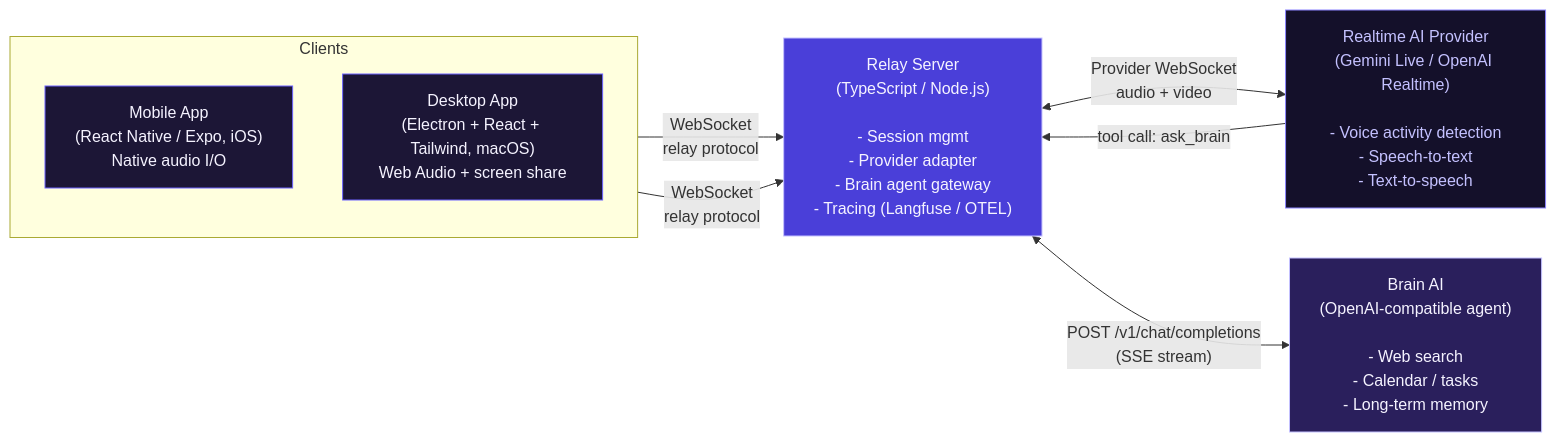
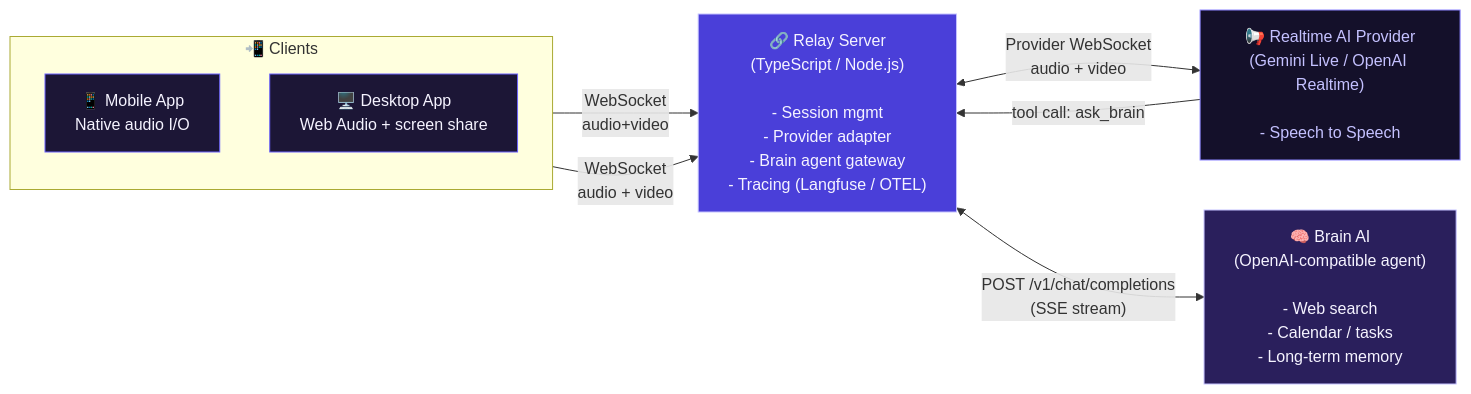
The first of 3 diagrams in docs/src/content/docs/architecture.mdx (yagudaev/voiceclaw), drawn with Mermaid before and after one commit. The commit also changed other lines of this file, not shown here.

Commit message:
docs: improve System Overview with dagre layout and emoji node labels
Swap the System Overview Mermaid source to the user-refined version:
explicit dagre layout, emoji-prefixed labels for each node, and a
simplified provider description (speech-to-speech). Regenerate the
mermaid.live edit link pako URL against the new source.

````diff
--- a/docs/src/content/docs/architecture.mdx
+++ b/docs/src/content/docs/architecture.mdx
@@ -12,29 +12,27 @@
 ```mermaid
+---
+config:
+  layout: dagre
+---
 flowchart LR
-    subgraph Clients["Clients"]
-      direction TB
-      Mobile["Mobile App<br/>(React Native / Expo, iOS)<br/>Native audio I/O"]
-      Desktop["Desktop App<br/>(Electron + React + Tailwind, macOS)<br/>Web Audio + screen share"]
-    end
+ subgraph Clients["📲 Clients"]
+    direction TB
+        Mobile["📱 Mobile App<br>Native audio I/O"]
+        Desktop["🖥️ Desktop App<br>Web Audio + screen share"]
+  end
+    Mobile -- WebSocket<br>audio+video --> Relay["🔗 Relay Server<br>(TypeScript / Node.js)<br><br>- Session mgmt<br>- Provider adapter<br>- Brain agent gateway<br>- Tracing (Langfuse / OTEL)"]
+    Desktop -- WebSocket<br>audio + video --> Relay
+    Relay <-- Provider WebSocket<br>audio + video --> Provider["📢 Realtime AI Provider<br>(Gemini Live / OpenAI Realtime)<br><br>- Speech to Speech"]
+    Provider -- tool call: ask_brain --> Relay
+    Relay <-- POST /v1/chat/completions<br>(SSE stream) --> Brain["🧠 Brain AI<br>(OpenAI-compatible agent)<br><br>- Web search<br>- Calendar / tasks<br>- Long-term memory"]
 
-    Relay["Relay Server<br/>(TypeScript / Node.js)<br/><br/>- Session mgmt<br/>- Provider adapter<br/>- Brain agent gateway<br/>- Tracing (Langfuse / OTEL)"]
-
-    Provider["Realtime AI Provider<br/>(Gemini Live / OpenAI Realtime)<br/><br/>- Voice activity detection<br/>- Speech-to-text<br/>- Text-to-speech"]
-
-    Brain["Brain AI<br/>(OpenAI-compatible agent)<br/><br/>- Web search<br/>- Calendar / tasks<br/>- Long-term memory"]
-
-    Mobile -- "WebSocket<br/>relay protocol" --> Relay
-    Desktop -- "WebSocket<br/>relay protocol" --> Relay
-    Relay <-- "Provider WebSocket<br/>audio + video" --> Provider
-    Provider -- "tool call: ask_brain" --> Relay
-    Relay <-- "POST /v1/chat/completions<br/>(SSE stream)" --> Brain
-
+     Mobile:::clientStyle
+     Desktop:::clientStyle
+     Relay:::relayStyle
+     Provider:::providerStyle
+     Brain:::brainStyle
     classDef clientStyle fill:#1c1636,stroke:#6c63ff,color:#f5f3ff
     classDef relayStyle fill:#4a3fd9,stroke:#c4c1ff,color:#f5f3ff
     classDef providerStyle fill:#14102a,stroke:#8b84ff,color:#c4c1ff
     classDef brainStyle fill:#2a1f5c,stroke:#c4c1ff,color:#f5f3ff
-    class Mobile,Desktop clientStyle
-    class Relay relayStyle
-    class Provider providerStyle
-    class Brain brainStyle
 ```
````
